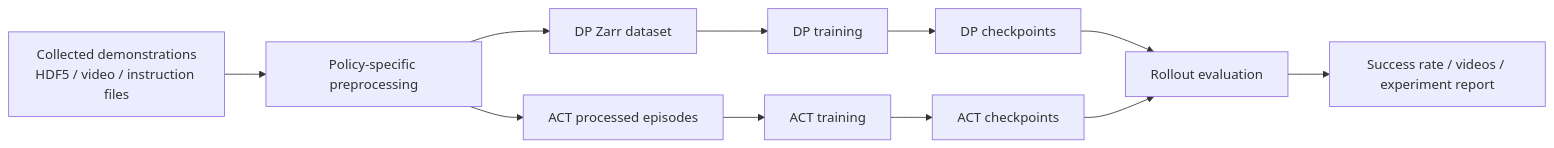
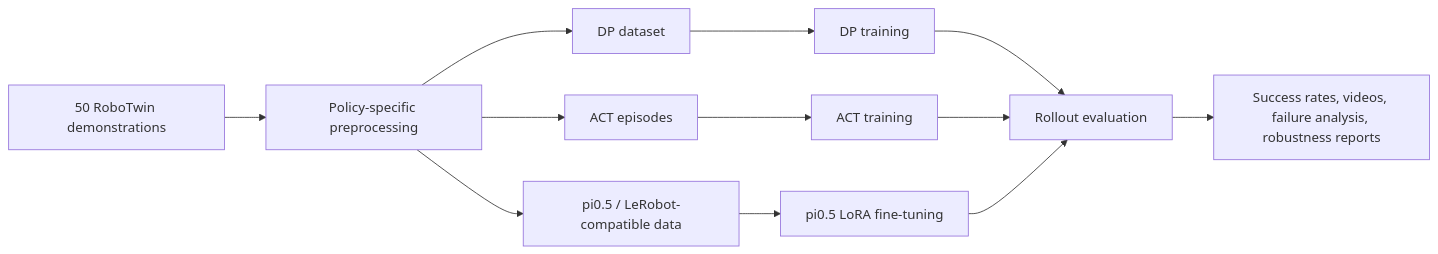
One commit to KQuaneo/robotwin_repo changed the diagram in README.md. Above: the diagram before and after it, drawn with Mermaid. The commit also changed other lines of this file and 11 other files, not shown here.

Commit message:
Merge pi0.5 LoRA evaluation into RoboTwin benchmark

````diff
--- a/README.md
+++ b/README.md
@@ -30,13 +75,14 @@
 ```mermaid
 flowchart LR
-    A[Collected demonstrations<br/>HDF5 / video / instruction files] --> B[Policy-specific preprocessing]
-    B --> C1[DP Zarr dataset]
-    B --> C2[ACT processed episodes]
+    A[50 RoboTwin demonstrations] --> B[Policy-specific preprocessing]
+    B --> C1[DP dataset]
+    B --> C2[ACT episodes]
+    B --> C3[pi0.5 / LeRobot-compatible data]
     C1 --> D1[DP training]
     C2 --> D2[ACT training]
-    D1 --> E1[DP checkpoints]
-    D2 --> E2[ACT checkpoints]
-    E1 --> F[Rollout evaluation]
-    E2 --> F
-    F --> G[Success rate / videos / experiment report]
+    C3 --> D3[pi0.5 LoRA fine-tuning]
+    D1 --> E[Rollout evaluation]
+    D2 --> E
+    D3 --> E
+    E --> F[Success rates, videos, failure analysis, robustness reports]
 ```
````
